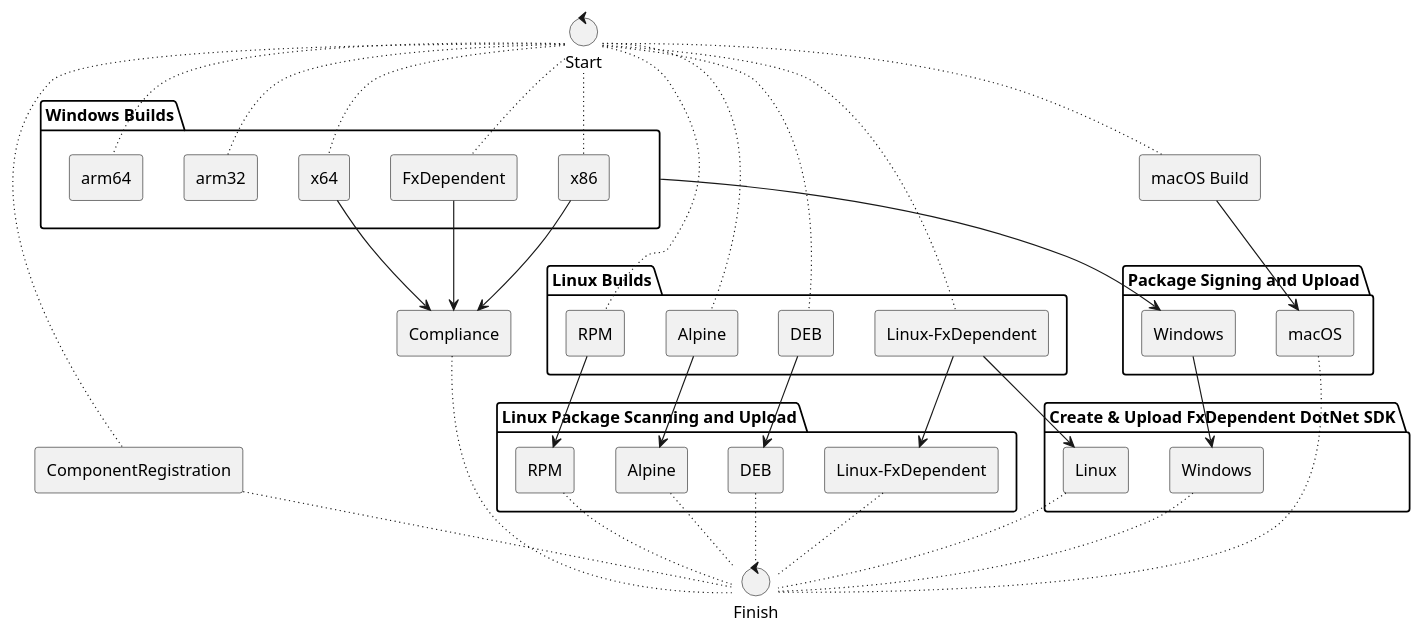
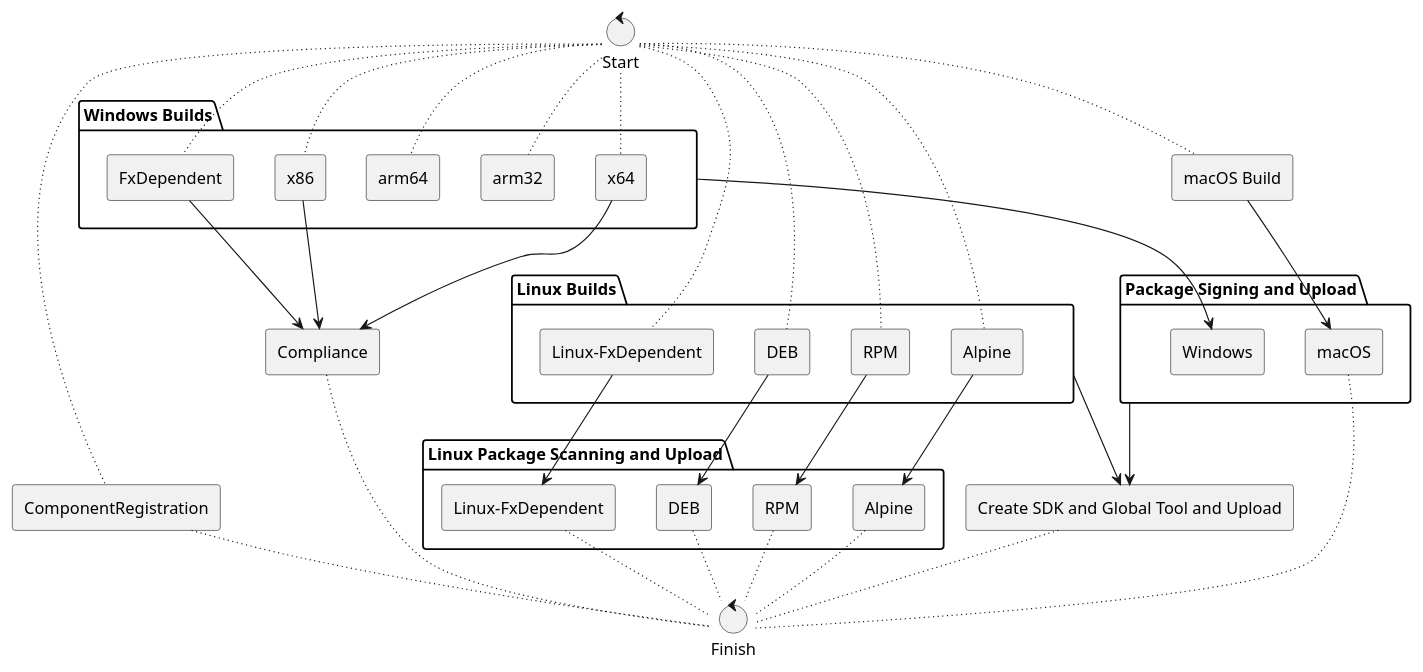
Before and after one commit to PowerShell/PowerShell: the diagram in tools/releaseBuild/azureDevOps/diagram.puml, drawn with PlantUML. The commit also changed 1 other file, not shown here.

Commit message:
Update UML to represent SDK and Global tool builds

```diff
--- a/tools/releaseBuild/azureDevOps/diagram.puml
+++ b/tools/releaseBuild/azureDevOps/diagram.puml
@@ -1,97 +1,95 @@
 @startuml
 
-folder "Linux Builds" {
+folder "Linux Builds" as LinuxBuilds {
     ' Define the build tasks as business processes
     agent "DEB"  as BuildDEB
     agent "RPM"  as BuildRPM
     agent "Alpine"  as BuildAlpine
     agent "Linux-FxDependent"  as BuildLinuxFx
 
 }
 
 agent "macOS Build"  as BuildMac
 
 folder "Windows Builds" as WinBuilds {
     agent "x64"  as BuildWinX64
     agent "x86"  as BuildWinX86
     agent "arm32"  as BuildWinArm32
     agent "arm64"  as BuildWinArm64
     agent "FxDependent"  as BuildWinFx
 }
 
 agent "ComponentRegistration"  as BuildCG
 
-folder "Linux Package Scanning and Upload" {
+folder "Linux Package Scanning and Upload" as PkgScanUploadLinux {
     agent "DEB"  as UploadDEB
     agent "RPM"  as UploadRPM
     agent "Alpine"  as UploadAlpine
     agent "Linux-FxDependent"  as UploadLinuxFx
 }
 
-folder "Package Signing and Upload" {
+folder "Package Signing and Upload" as PkgSignUpload {
     agent "macOS"  as SignMac
 
     agent "Windows"  as SignWin
 }
 
 
 agent "Compliance"  as Compliance
 
-folder "Create & Upload FxDependent DotNet SDK" {
-    agent "Linux" as BuildLinuxFxSdk
-    agent "Windows" as BuildWinFxSdk
-}
+
+agent "Create SDK and Global Tool and Upload" as BuildNuGet
+
 
 ' Define finishing the build as a goal filled
 control "Finish"  as Finish
 control "Start" as Start
 
 ' map the various Upload task dependencies
 BuildDEB -down-> UploadDEB
 BuildRPM -down-> UploadRPM
 BuildLinuxFx -down-> UploadLinuxFx
 BuildAlpine -down-> UploadAlpine
 
 ' map all of the SignMac task dependencies
 BuildMac -down-> SignMac
 
 ' map all of the SignWin task dependencies
 WinBuilds -down-> SignWin
 'BuildWinX64 -down-> SignWin
 'BuildWinX86 -down-> SignWin
 'BuildWinArm32 -down-> SignWin
 'BuildWinArm64 -down-> SignWin
 'BuildWinFx -down-> SignWin
 
 ' map all of the Compliance task dependencies
 BuildWinX86 -down-> Compliance
 BuildWinX64 -down-> Compliance
 BuildWinFx -down-> Compliance
 
-BuildLinuxFx -down-> BuildLinuxFxSdk
-SignWin -down-> BuildWinFxSdk
+PkgSignUpload -down-> BuildNuGet
+LinuxBuilds -down-> BuildNuGet
 
 ' map all leafs to finish
 Compliance ~~ Finish
 UploadAlpine ~~ Finish
 UploadDEB ~~ Finish
 UploadRPM ~~ Finish
 UploadLinuxFx ~~ Finish
 SignMac ~~ Finish
 BuildCG ~~ Finish
-BuildLinuxFxSdk ~~ Finish
-BuildWinFxSdk ~~ Finish
+BuildNuGet ~~ Finish
 
 Start ~~ BuildDEB
 Start ~~ BuildRPM
 Start ~~ BuildAlpine
 Start ~~ BuildLinuxFx
 Start ~~ BuildMac
 Start ~~ BuildWinX64
 Start ~~ BuildWinX86
 Start ~~ BuildWinFx
 Start ~~ BuildWinArm32
 Start ~~ BuildWinArm64
 Start ~~ BuildCG
 
 @enduml
```
